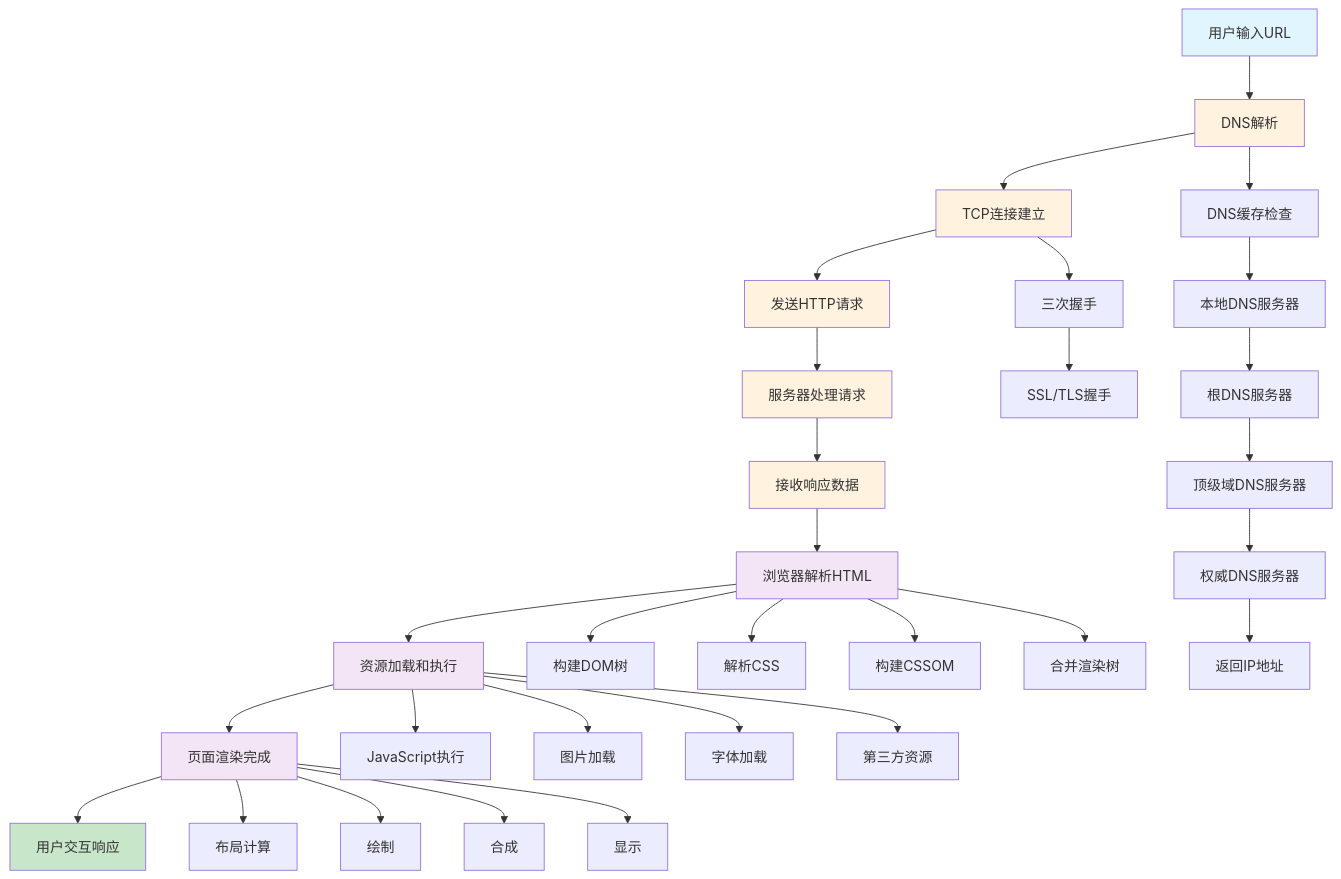
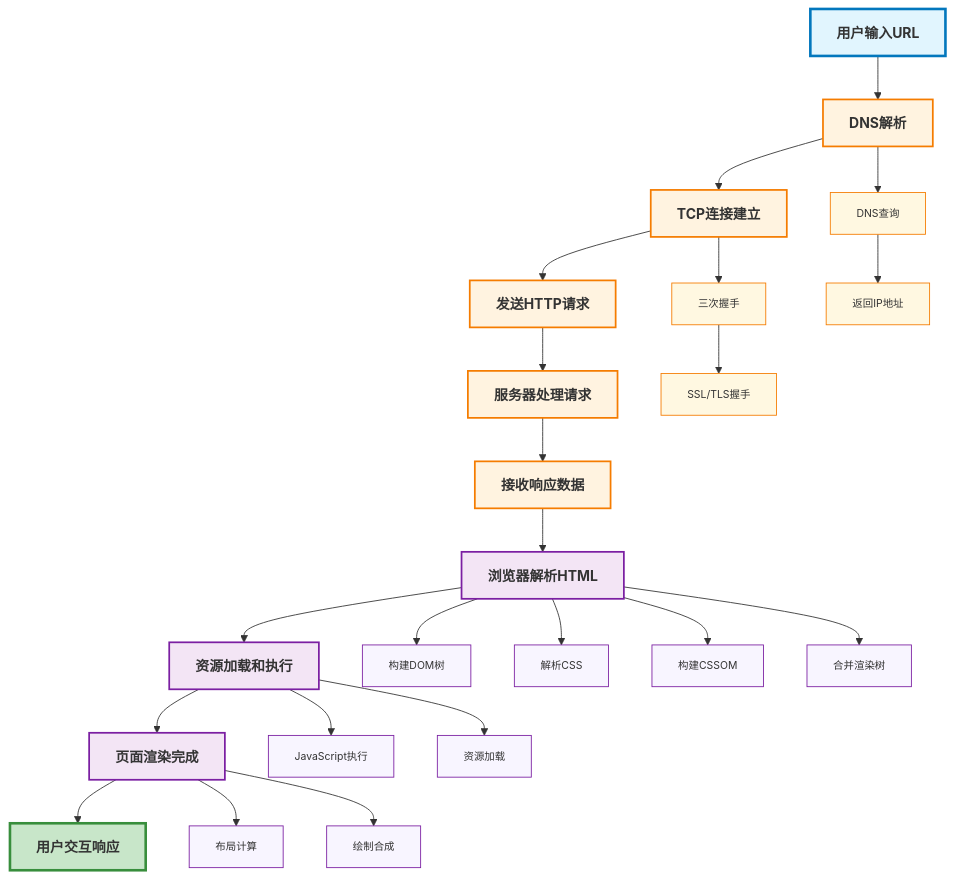
One commit to Specialxm/frontend-learning-guide changed the first of 9 diagrams in docs/performance/page-loading-process.md. Above: the diagram before and after it, drawn with Mermaid. The commit also changed other lines of this file and 6 other files, not shown here.

Commit message:
新增 Mermaid图表支持

````diff
--- a/docs/performance/page-loading-process.md
+++ b/docs/performance/page-loading-process.md
@@ -9,48 +9,57 @@
 ```mermaid
 graph TD
+    %% 主要流程 - 突出显示，使用更紧凑的布局
     A[用户输入URL] --> B[DNS解析]
     B --> C[TCP连接建立]
     C --> D[发送HTTP请求]
     D --> E[服务器处理请求]
     E --> F[接收响应数据]
     F --> G[浏览器解析HTML]
     G --> H[资源加载和执行]
     H --> I[页面渲染完成]
     I --> J[用户交互响应]
     
-    B --> B1[DNS缓存检查]
-    B1 --> B2[本地DNS服务器]
-    B2 --> B3[根DNS服务器]
-    B3 --> B4[顶级域DNS服务器]
-    B4 --> B5[权威DNS服务器]
-    B5 --> B6[返回IP地址]
+    %% 子流程 - 左右分布，减少垂直空间
+    B --> B1[DNS查询]
+    B1 --> B2[返回IP地址]
     
     C --> C1[三次握手]
     C1 --> C2[SSL/TLS握手]
     
     G --> G1[构建DOM树]
     G --> G2[解析CSS]
     G --> G3[构建CSSOM]
     G --> G4[合并渲染树]
     
     H --> H1[JavaScript执行]
-    H --> H2[图片加载]
-    H --> H3[字体加载]
-    H --> H4[第三方资源]
+    H --> H2[资源加载]
     
     I --> I1[布局计算]
-    I --> I2[绘制]
-    I --> I3[合成]
-    I --> I4[显示]
+    I --> I2[绘制合成]
     
-    style A fill:#e1f5fe
-    style J fill:#c8e6c9
-    style B fill:#fff3e0
-    style C fill:#fff3e0
-    style D fill:#fff3e0
-    style E fill:#fff3e0
-    style F fill:#fff3e0
-    style G fill:#f3e5f5
-    style H fill:#f3e5f5
-    style I fill:#f3e5f5
+    %% 样式设置 - 主要流程突出，子流程淡化
+    style A fill:#e1f5fe,stroke:#0277bd,stroke-width:3px,font-weight:bold
+    style B fill:#fff3e0,stroke:#f57c00,stroke-width:2px,font-weight:bold
+    style C fill:#fff3e0,stroke:#f57c00,stroke-width:2px,font-weight:bold
+    style D fill:#fff3e0,stroke:#f57c00,stroke-width:2px,font-weight:bold
+    style E fill:#fff3e0,stroke:#f57c00,stroke-width:2px,font-weight:bold
+    style F fill:#fff3e0,stroke:#f57c00,stroke-width:2px,font-weight:bold
+    style G fill:#f3e5f5,stroke:#7b1fa2,stroke-width:2px,font-weight:bold
+    style H fill:#f3e5f5,stroke:#7b1fa2,stroke-width:2px,font-weight:bold
+    style I fill:#f3e5f5,stroke:#7b1fa2,stroke-width:2px,font-weight:bold
+    style J fill:#c8e6c9,stroke:#388e3c,stroke-width:3px,font-weight:bold
+    
+    %% 子流程样式 - 淡化处理
+    style B1 fill:#fff8e1,stroke:#f57c00,stroke-width:1px,font-size:12px
+    style B2 fill:#fff8e1,stroke:#f57c00,stroke-width:1px,font-size:12px
+    style C1 fill:#fff8e1,stroke:#f57c00,stroke-width:1px,font-size:12px
+    style C2 fill:#fff8e1,stroke:#f57c00,stroke-width:1px,font-size:12px
+    style G1 fill:#f8f5ff,stroke:#7b1fa2,stroke-width:1px,font-size:12px
+    style G2 fill:#f8f5ff,stroke:#7b1fa2,stroke-width:1px,font-size:12px
+    style G3 fill:#f8f5ff,stroke:#7b1fa2,stroke-width:1px,font-size:12px
+    style G4 fill:#f8f5ff,stroke:#7b1fa2,stroke-width:1px,font-size:12px
+    style H1 fill:#f8f5ff,stroke:#7b1fa2,stroke-width:1px,font-size:12px
+    style H2 fill:#f8f5ff,stroke:#7b1fa2,stroke-width:1px,font-size:12px
+    style I1 fill:#f8f5ff,stroke:#7b1fa2,stroke-width:1px,font-size:12px
+    style I2 fill:#f8f5ff,stroke:#7b1fa2,stroke-width:1px,font-size:12px
 ```
````
